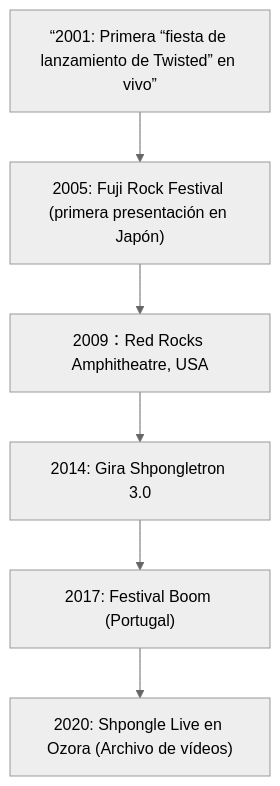
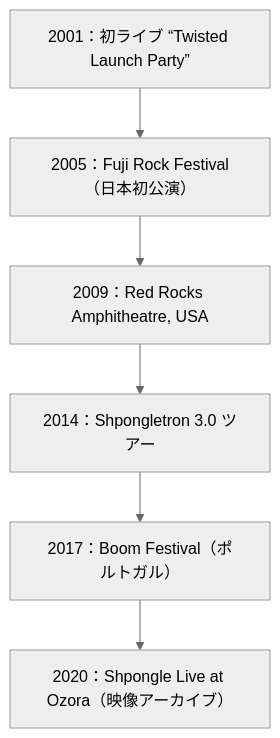
One commit to monumental-movement/monumental-movement.github.io changed the third of 4 diagrams in es/_posts/2025-10-05-Column-Shpongle.md. Above: the diagram before and after it, drawn with Mermaid (neutral theme). The commit also changed other lines of this file and 299 other files, not shown here.

```diff
--- a/es/_posts/2025-10-05-Column-Shpongle.md
+++ b/es/_posts/2025-10-05-Column-Shpongle.md
@@ -132,10 +132,10 @@
 <div class="mermaid">
 
 flowchart TD
-  L2001[“2001: Primera “fiesta de lanzamiento de Twisted” en vivo”] --> L2005["2005: Fuji Rock Festival (primera presentación en Japón)"]
+  L2001["2001：初ライブ “Twisted Launch Party”"] --> L2005["2005：Fuji Rock Festival（日本初公演）"]
   L2005 --> L2009["2009：Red Rocks Amphitheatre, USA"]
-  L2009 --> L2014["2014: Gira Shpongletron 3.0"]
-  L2014 --> L2017["2017: Festival Boom (Portugal)"]
-  L2017 --> L2020["2020: Shpongle Live en Ozora (Archivo de vídeos)"]
+  L2009 --> L2014["2014：Shpongletron 3.0 ツアー"]
+  L2014 --> L2017["2017：Boom Festival（ポルトガル）"]
+  L2017 --> L2020["2020：Shpongle Live at Ozora（映像アーカイブ）"]
 
 </div>
```
